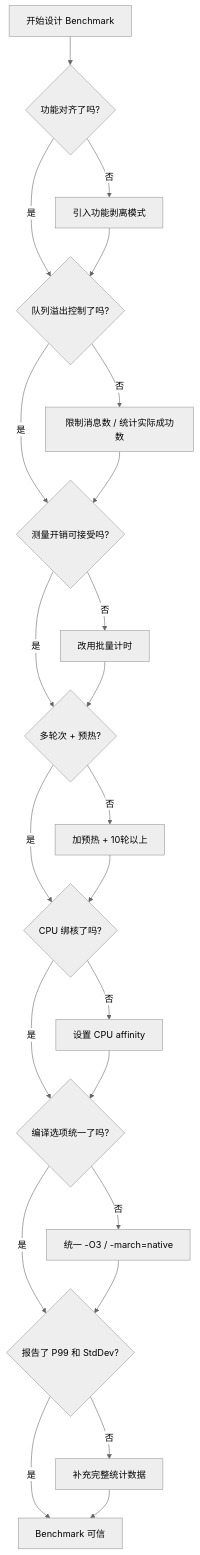
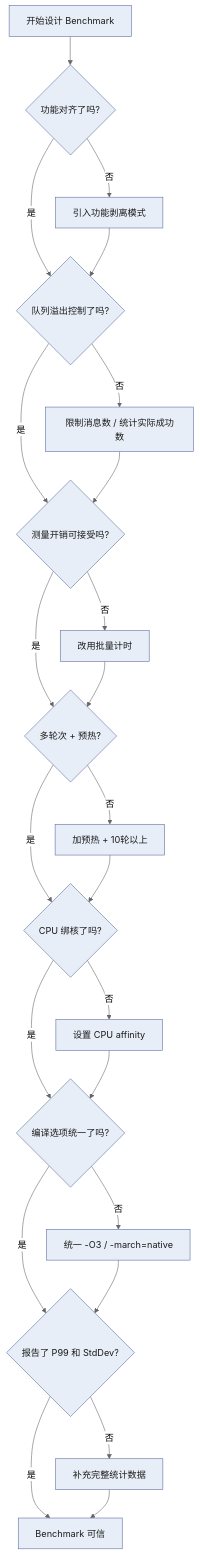
Before and after one commit to DeguiLiu/tech-notes: the fourth of 4 diagrams in content/posts/performance/message_bus_benchmark_methodology.md, drawn with Mermaid (neutral theme). The commit also changed other lines of this file and 20 other files, not shown here.

First line of the commit message:
story-docs(blog): de-AI performance posts and color bus diagrams

````diff
--- a/content/posts/performance/message_bus_benchmark_methodology.md
+++ b/content/posts/performance/message_bus_benchmark_methodology.md
@@ -342,26 +345,29 @@
 ```mermaid
 flowchart TD
+    classDef box fill:#e8eef7,stroke:#5b6b9c,color:#1a1a1a
     A[开始设计 Benchmark] --> B{功能对齐了吗?}
     B -->|否| B1[引入功能剥离模式]
     B -->|是| C{队列溢出控制了吗?}
     C -->|否| C1[限制消息数 / 统计实际成功数]
     C -->|是| D{测量开销可接受吗?}
     D -->|否| D1[改用批量计时]
     D -->|是| E{多轮次 + 预热?}
     E -->|否| E1[加预热 + 10轮以上]
     E -->|是| F{CPU 绑核了吗?}
     F -->|否| F1[设置 CPU affinity]
     F -->|是| G{编译选项统一了吗?}
     G -->|否| G1[统一 -O3 / -march=native]
     G -->|是| H{报告了 P99 和 StdDev?}
     H -->|否| H1[补充完整统计数据]
     H -->|是| I[Benchmark 可信]
 
     B1 --> C
     C1 --> D
     D1 --> E
     E1 --> F
     F1 --> G
     G1 --> H
     H1 --> I
+
+    class A,B,C,D,E,F,G,H,B1,C1,D1,E1,F1,G1,H1,I box
 ```
````
